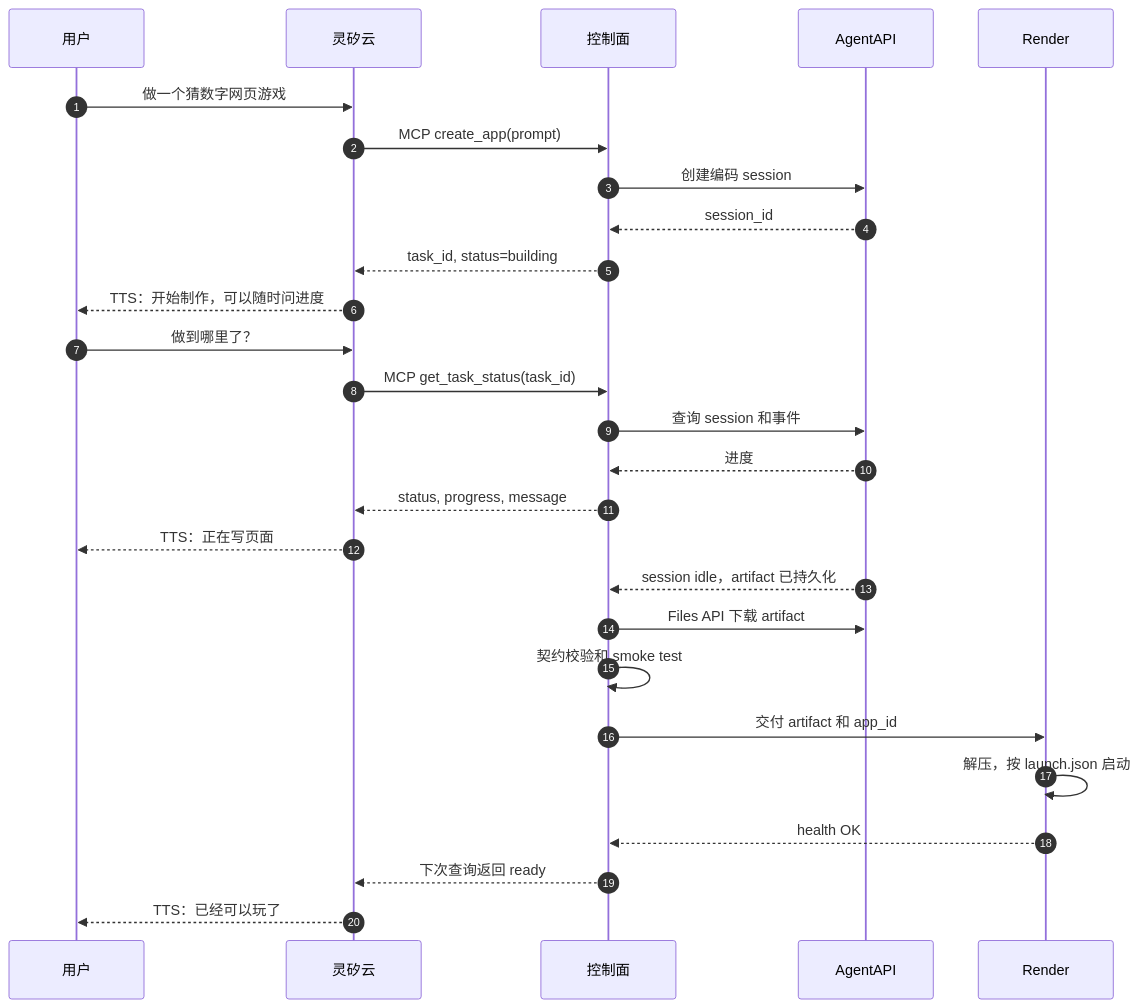
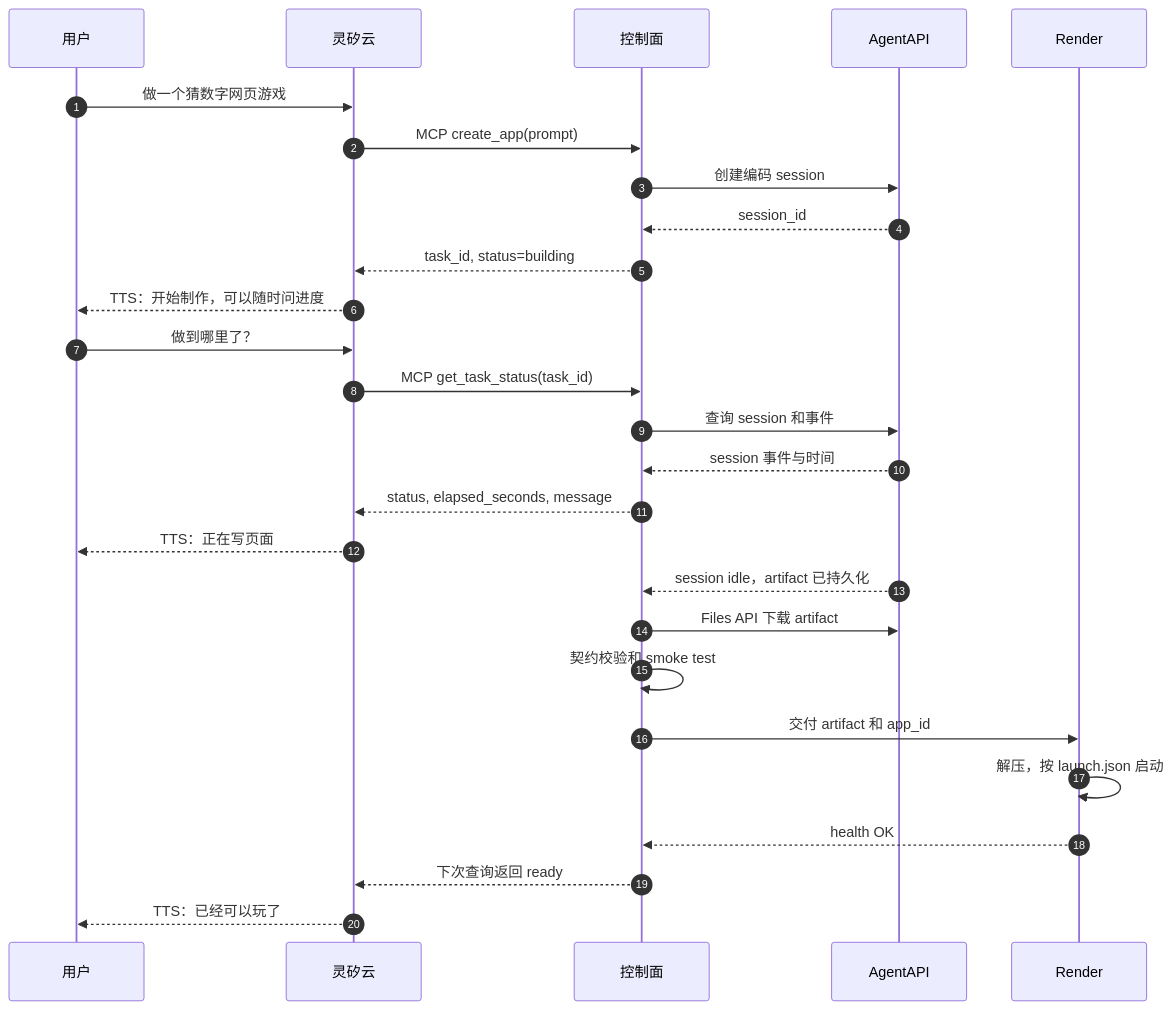
Before and after one commit to open-anywhere/open-anywhere: the second of 6 diagrams in docs/architecture.md, drawn with Mermaid. The commit also changed other lines of this file, not shown here.

Commit message:
docs: refine architecture contracts and artifact layout

````diff
--- a/docs/architecture.md
+++ b/docs/architecture.md
@@ -425,32 +491,32 @@
 ```mermaid
 sequenceDiagram
   autonumber
   participant U as 用户
   participant L as 灵矽云
   participant C as 控制面
   participant A as AgentAPI
   participant R as Render
 
   U->>L: 做一个猜数字网页游戏
   L->>C: MCP create_app(prompt)
   C->>A: 创建编码 session
   A-->>C: session_id
   C-->>L: task_id, status=building
   L-->>U: TTS：开始制作，可以随时问进度
 
   U->>L: 做到哪里了？
   L->>C: MCP get_task_status(task_id)
   C->>A: 查询 session 和事件
-  A-->>C: 进度
-  C-->>L: status, progress, message
+  A-->>C: session 事件与时间
+  C-->>L: status, elapsed_seconds, message
   L-->>U: TTS：正在写页面
 
   A-->>C: session idle，artifact 已持久化
   C->>A: Files API 下载 artifact
   C->>C: 契约校验和 smoke test
   C->>R: 交付 artifact 和 app_id
   R->>R: 解压，按 launch.json 启动
   R-->>C: health OK
   C-->>L: 下次查询返回 ready
   L-->>U: TTS：已经可以玩了
 ```
````
